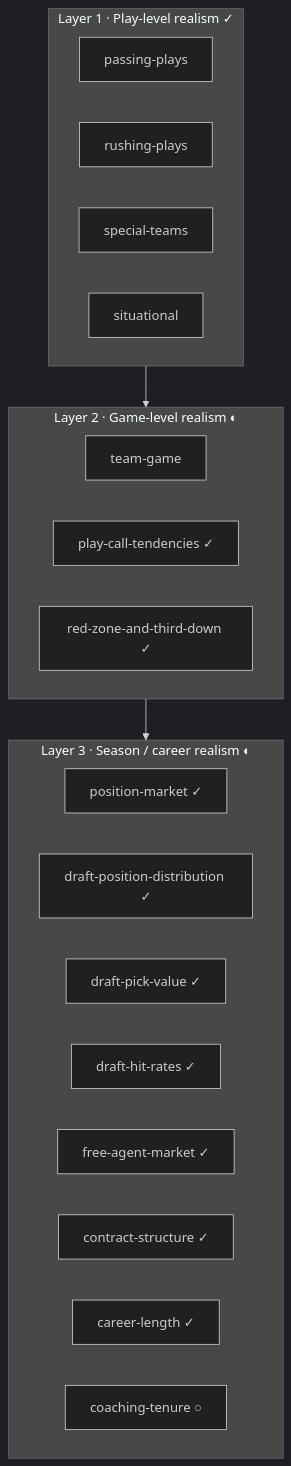
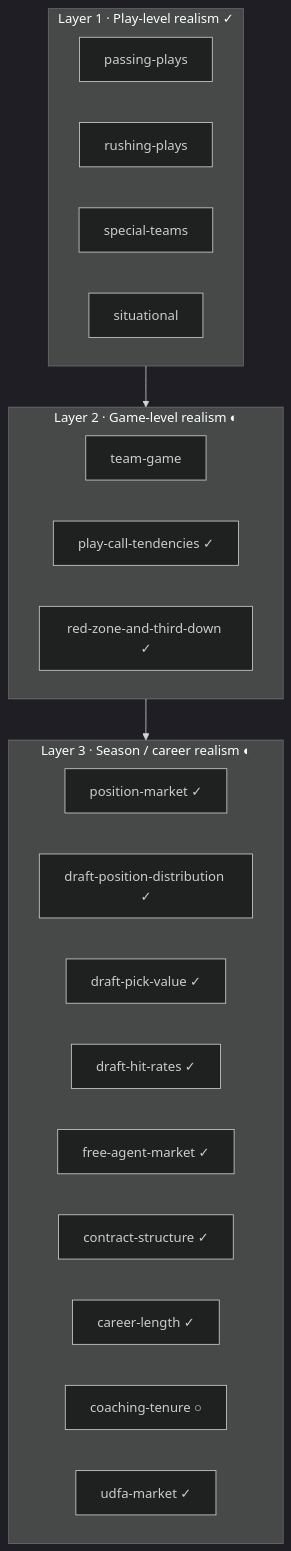
One commit to Tiernebre/zone-blitz changed the first of 2 diagrams in data/docs/calibration-gaps.md. Above: the diagram before and after it, drawn with Mermaid (dark theme). The commit also changed other lines of this file and 4 other files, not shown here.

````diff
--- a/data/docs/calibration-gaps.md
+++ b/data/docs/calibration-gaps.md
@@ -26,28 +26,29 @@
 ```mermaid
 flowchart TB
     subgraph L1["Layer 1 · Play-level realism ✓"]
         direction LR
         PL1[passing-plays]
         PL2[rushing-plays]
         PL3[special-teams]
         PL4[situational]
     end
     subgraph L2["Layer 2 · Game-level realism ◐"]
         direction LR
         GL1[team-game]
         GL2[play-call-tendencies ✓]
         GL3[red-zone-and-third-down ✓]
     end
     subgraph L3["Layer 3 · Season / career realism ◐"]
         direction LR
         SC1[position-market ✓]
         SC2[draft-position-distribution ✓]
         SC3[draft-pick-value ✓]
         SC4[draft-hit-rates ✓]
         SC5[free-agent-market ✓]
         SC6[contract-structure ✓]
         SC7[career-length ✓]
         SC8[coaching-tenure ○]
+        SC9[udfa-market ✓]
     end
     L1 --> L2 --> L3
 ```
````
